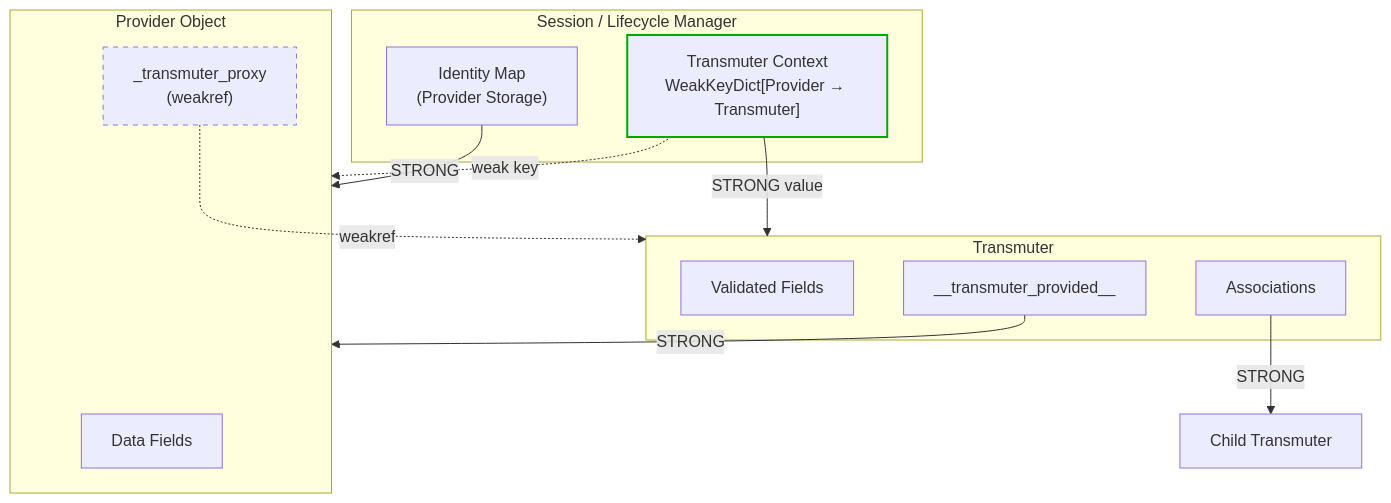
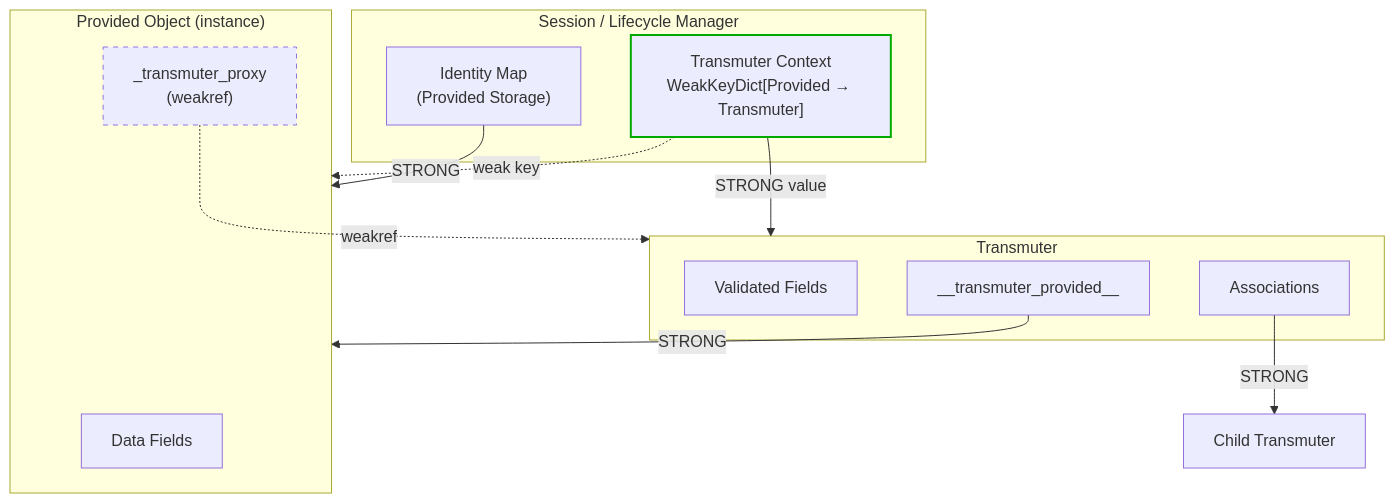
The first of 2 diagrams in docs/concepts/materia.md (kalynnka/arcanus), drawn with Mermaid before and after one commit. The commit also changed other lines of this file and 19 other files, not shown here.

````diff
--- a/docs/concepts/materia.md
+++ b/docs/concepts/materia.md
@@ -58,28 +65,28 @@
 ```mermaid
 flowchart TB
     subgraph Session["Session / Lifecycle Manager"]
-        IdentityMap["Identity Map<br/>(Provider Storage)"]
-        TransmuterContext["Transmuter Context<br/>WeakKeyDict[Provider → Transmuter]"]
+        IdentityMap["Identity Map<br/>(Provided Storage)"]
+        TransmuterContext["Transmuter Context<br/>WeakKeyDict[Provided → Transmuter]"]
     end
 
-    subgraph Provider["Provider Object"]
+    subgraph Provided["Provided Object (instance)"]
         ProviderData["Data Fields"]
         TransmuterProxy["_transmuter_proxy<br/>(weakref)"]
     end
 
     subgraph Transmuter["Transmuter"]
         TransmuterFields["Validated Fields"]
         TransmuterProvided["__transmuter_provided__"]
         Associations["Associations"]
     end
 
-    IdentityMap -->|"STRONG"| Provider
-    TransmuterContext -.->|"weak key"| Provider
+    IdentityMap -->|"STRONG"| Provided
+    TransmuterContext -.->|"weak key"| Provided
     TransmuterContext -->|"STRONG value"| Transmuter
-    TransmuterProvided -->|"STRONG"| Provider
+    TransmuterProvided -->|"STRONG"| Provided
     TransmuterProxy -.->|"weakref"| Transmuter
     Associations -->|"STRONG"| ChildTransmuter["Child Transmuter"]
 
     style TransmuterProxy stroke-dasharray: 5 5
     style TransmuterContext stroke:#0a0,stroke-width:2px
 ```
````
